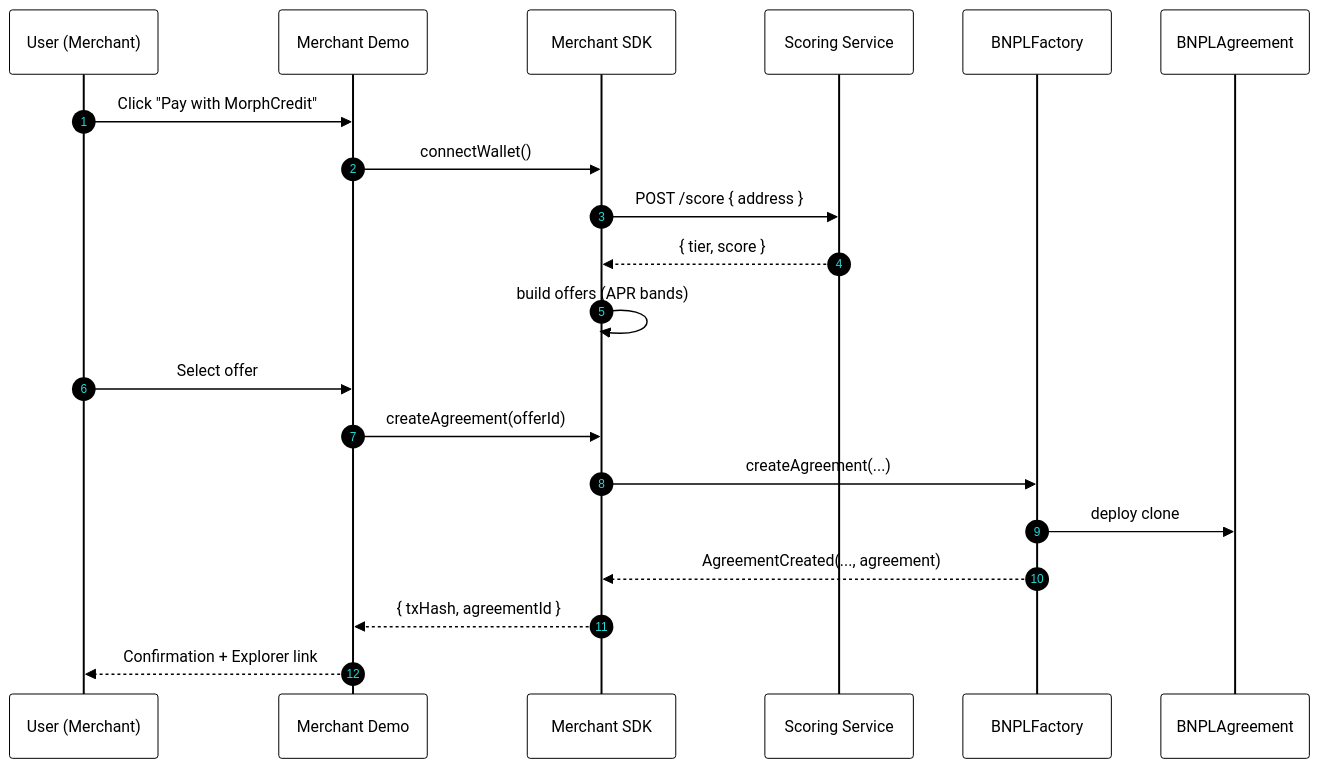
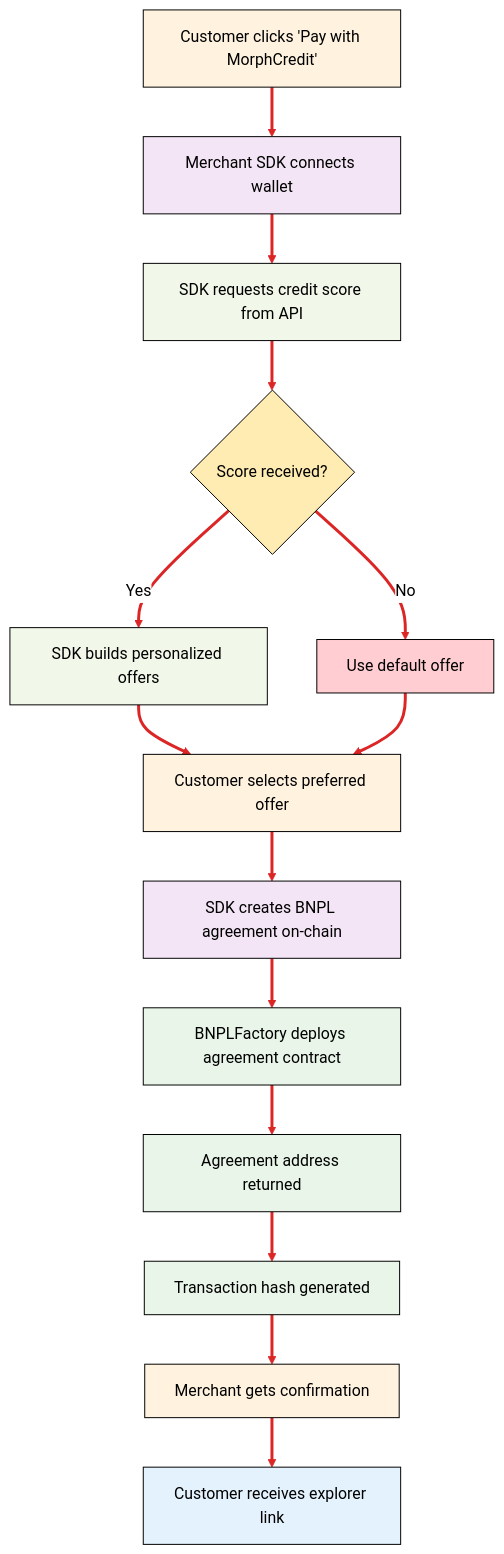
The sixth of 6 diagrams in README.md (okwareddevnest/MorphCredit), drawn with Mermaid before and after one commit. The commit also changed other lines of this file, not shown here.

Commit message:
Revise README to update BNPL flow diagrams for clarity and consistency
- Replaced legacy sequence diagrams with flowcharts for improved visual representation of user interactions.
- Enhanced color schemes and styles for better readability and visual appeal.
- Updated section headers to reflect the new merchant integration flow, ensuring accurate documentation of the current process.

````diff
--- a/README.md
+++ b/README.md
@@ -456,24 +469,45 @@
 ```mermaid
-%%{init: {'theme':'base', 'themeVariables': {'primaryColor': '#ffffff', 'primaryTextColor': '#000000', 'primaryBorderColor': '#000000', 'lineColor': '#dc2626', 'edgeLabelBackground': '#ffffff', 'clusterBkg': '#ffffff', 'secondaryColor': '#ffffff', 'tertiaryColor': '#ffffff', 'background': '#ffffff', 'mainBkg': '#ffffff', 'secondBkg': '#ffffff', 'tertiaryBkg': '#ffffff', 'messageLine0': '#dc2626', 'messageLine1': '#dc2626', 'messageText': '#000000', 'activationBorderColor': '#dc2626', 'activationBkgColor': '#ffffff'}}}%%
-sequenceDiagram
-  autonumber
-  participant U as User (Merchant)
-  participant D as Merchant Demo
-  participant SDK as Merchant SDK
-  participant SC as Scoring Service
-  participant BF as BNPLFactory
-  participant BA as BNPLAgreement
-
-  U->>D: Click "Pay with MorphCredit"
-  D->>SDK: connectWallet()
-  SDK->>SC: POST /score { address }
-  SC-->>SDK: { tier, score }
-  SDK->>SDK: build offers (APR bands)
-  U->>D: Select offer
-  D->>SDK: createAgreement(offerId)
-  SDK->>BF: createAgreement(...)
-  BF->>BA: deploy clone
-  BF-->>SDK: AgreementCreated(..., agreement)
-  SDK-->>D: { txHash, agreementId }
-  D-->>U: Confirmation + Explorer link
+%%{init: {'theme':'base', 'themeVariables': {'primaryColor': '#ffffff', 'primaryTextColor': '#000000', 'primaryBorderColor': '#000000', 'lineColor': '#dc2626', 'edgeLabelBackground': '#ffffff', 'clusterBkg': '#ffffff', 'secondaryColor': '#ffffff', 'tertiaryColor': '#ffffff', 'background': '#ffffff', 'mainBkg': '#ffffff', 'secondBkg': '#ffffff', 'tertiaryBkg': '#ffffff'}}}%%
+flowchart TD
+  A[Customer clicks 'Pay with MorphCredit'] --> B[Merchant SDK connects wallet]
+  B --> C[SDK requests credit score from API]
+  C --> D{Score received?}
+  D -->|Yes| E[SDK builds personalized offers]
+  D -->|No| F[Use default offer]
+  E --> G[Customer selects preferred offer]
+  F --> G
+  G --> H[SDK creates BNPL agreement on-chain]
+  H --> I[BNPLFactory deploys agreement contract]
+  I --> J[Agreement address returned]
+  J --> K[Transaction hash generated]
+  K --> L[Merchant gets confirmation]
+  L --> M[Customer receives explorer link]
+  
+  style A fill:#fff3e0,color:#000000
+  style B fill:#f3e5f5,color:#000000
+  style C fill:#f1f8e9,color:#000000
+  style D fill:#ffecb3,color:#000000
+  style E fill:#f1f8e9,color:#000000
+  style F fill:#ffcdd2,color:#000000
+  style G fill:#fff3e0,color:#000000
+  style H fill:#f3e5f5,color:#000000
+  style I fill:#e8f5e8,color:#000000
+  style J fill:#e8f5e8,color:#000000
+  style K fill:#e8f5e8,color:#000000
+  style L fill:#fff3e0,color:#000000
+  style M fill:#e3f2fd,color:#000000
+  
+  linkStyle 0 stroke:#dc2626,stroke-width:3px
+  linkStyle 1 stroke:#dc2626,stroke-width:3px
+  linkStyle 2 stroke:#dc2626,stroke-width:3px
+  linkStyle 3 stroke:#dc2626,stroke-width:3px
+  linkStyle 4 stroke:#dc2626,stroke-width:3px
+  linkStyle 5 stroke:#dc2626,stroke-width:3px
+  linkStyle 6 stroke:#dc2626,stroke-width:3px
+  linkStyle 7 stroke:#dc2626,stroke-width:3px
+  linkStyle 8 stroke:#dc2626,stroke-width:3px
+  linkStyle 9 stroke:#dc2626,stroke-width:3px
+  linkStyle 10 stroke:#dc2626,stroke-width:3px
+  linkStyle 11 stroke:#dc2626,stroke-width:3px
+  linkStyle 12 stroke:#dc2626,stroke-width:3px
 ```
````
